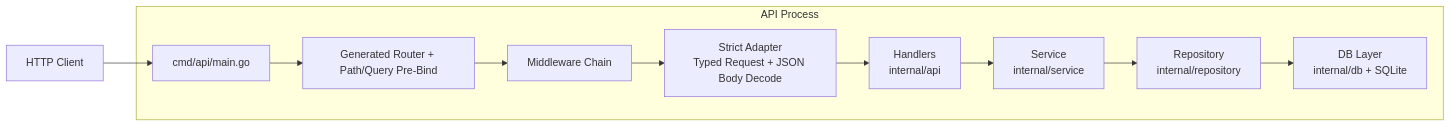
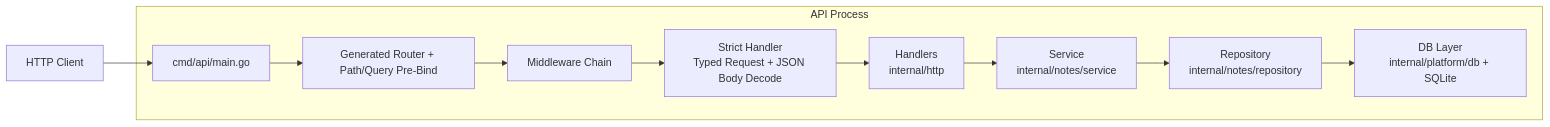
One commit to esgn/go-rest-api-example changed the diagram in ARCHITECTURE.md. Above: the diagram before and after it, drawn with Mermaid. The commit also changed other lines of this file and 24 other files, not shown here.

````diff
--- a/ARCHITECTURE.md
+++ b/ARCHITECTURE.md
@@ -59,17 +61,17 @@
 ```mermaid
 flowchart LR
     client[HTTP Client]
 
     subgraph api[API Process]
         main[cmd/api/main.go]
         prebind[Generated Router + Path/Query Pre-Bind]
         mw[Middleware Chain]
-        strict[Strict Adapter<br/>Typed Request + JSON Body Decode]
-        handlers[Handlers<br/>internal/api]
-        service[Service<br/>internal/service]
-        repo[Repository<br/>internal/repository]
-        db[DB Layer<br/>internal/db + SQLite]
+        strict[Strict Handler<br/>Typed Request + JSON Body Decode]
+        handlers[Handlers<br/>internal/http]
+        service[Service<br/>internal/notes/service]
+        repo[Repository<br/>internal/notes/repository]
+        db[DB Layer<br/>internal/platform/db + SQLite]
     end
 
     client --> main --> prebind --> mw --> strict --> handlers --> service --> repo --> db
 ```
````
